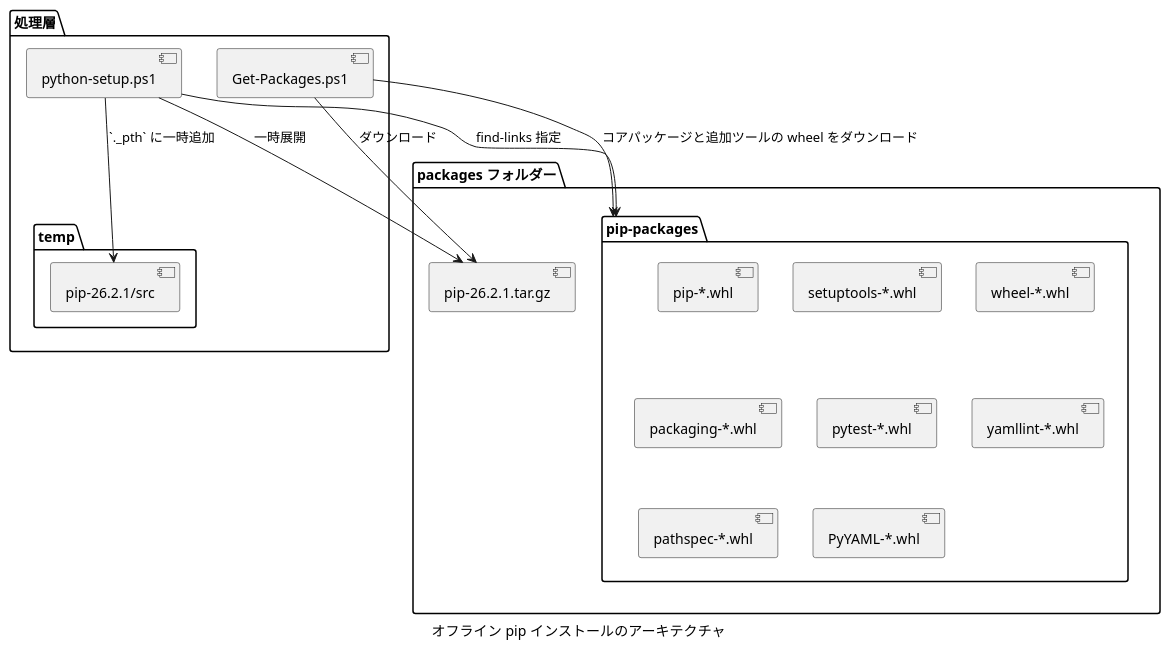
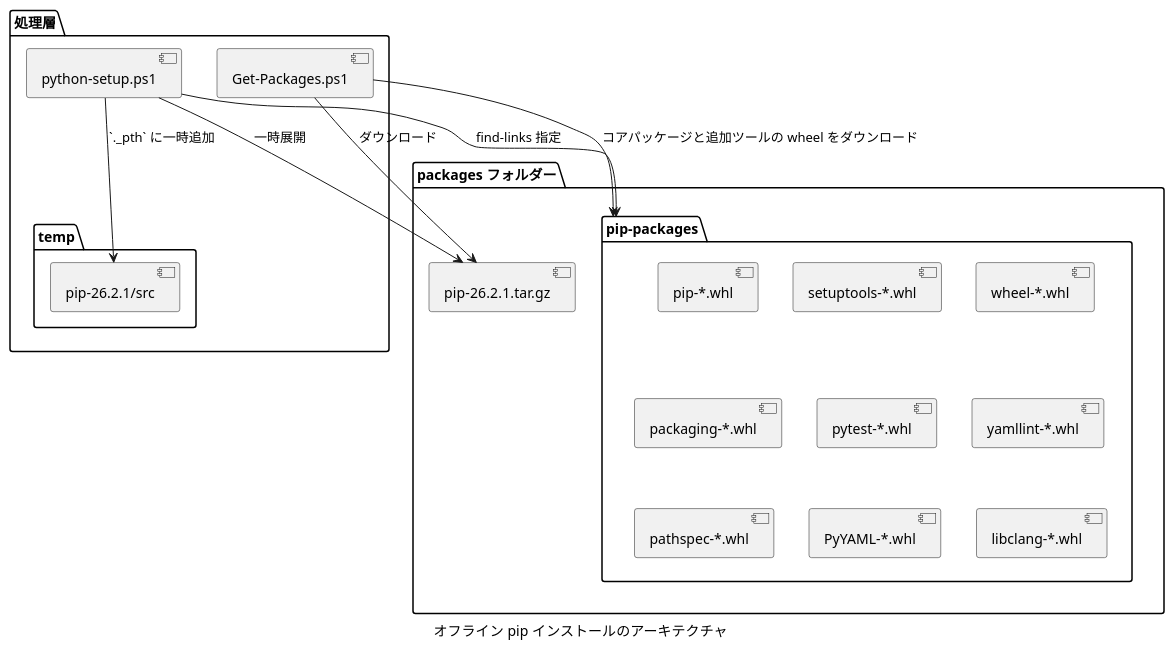
One commit to Hondarer/devbin-win changed the first of 4 diagrams in docs/offline-pip-design.md. Above: the diagram before and after it, drawn with PlantUML. The commit also changed other lines of this file and 7 other files, not shown here.

````diff
--- a/docs/offline-pip-design.md
+++ b/docs/offline-pip-design.md
@@ -22,32 +22,33 @@
 ```plantuml
 @startuml オフライン pip インストールのアーキテクチャ
 caption オフライン pip インストールのアーキテクチャ
 package "packages フォルダー" {
   [pip-26.2.1.tar.gz]
   folder "pip-packages" {
     [pip-*.whl]
     [setuptools-*.whl]
     [wheel-*.whl]
     [packaging-*.whl]
     [pytest-*.whl]
     [yamllint-*.whl]
     [pathspec-*.whl]
     [PyYAML-*.whl]
+    [libclang-*.whl]
   }
 }
 
 package "処理層" {
   [Get-Packages.ps1] as getpkg
   [python-setup.ps1] as pysetup
   folder "temp" {
     [pip-26.2.1/src]
   }
 }
 
 getpkg --> [pip-26.2.1.tar.gz] : ダウンロード
 getpkg --> [pip-packages] : コアパッケージと追加ツールの wheel をダウンロード
 pysetup --> [pip-26.2.1.tar.gz] : 一時展開
 pysetup --> [pip-26.2.1/src] : `._pth` に一時追加
 pysetup --> [pip-packages] : find-links 指定
 @enduml
 ```
````
